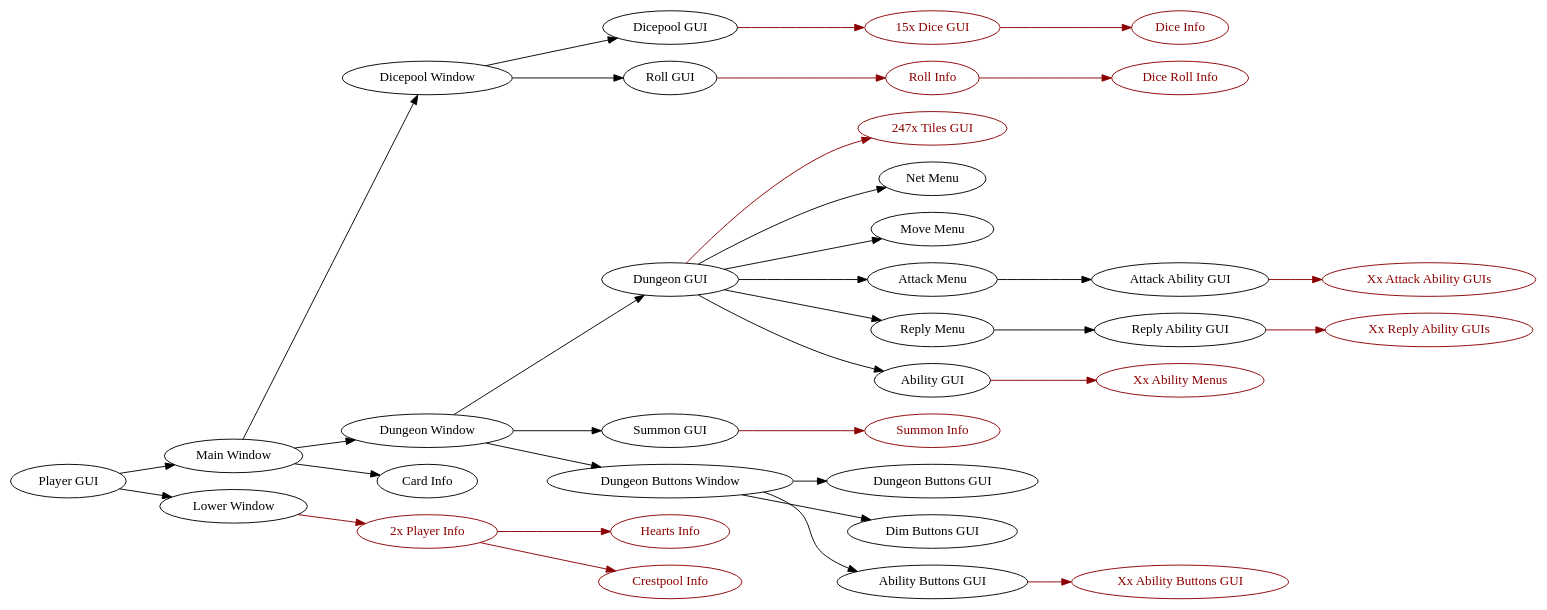
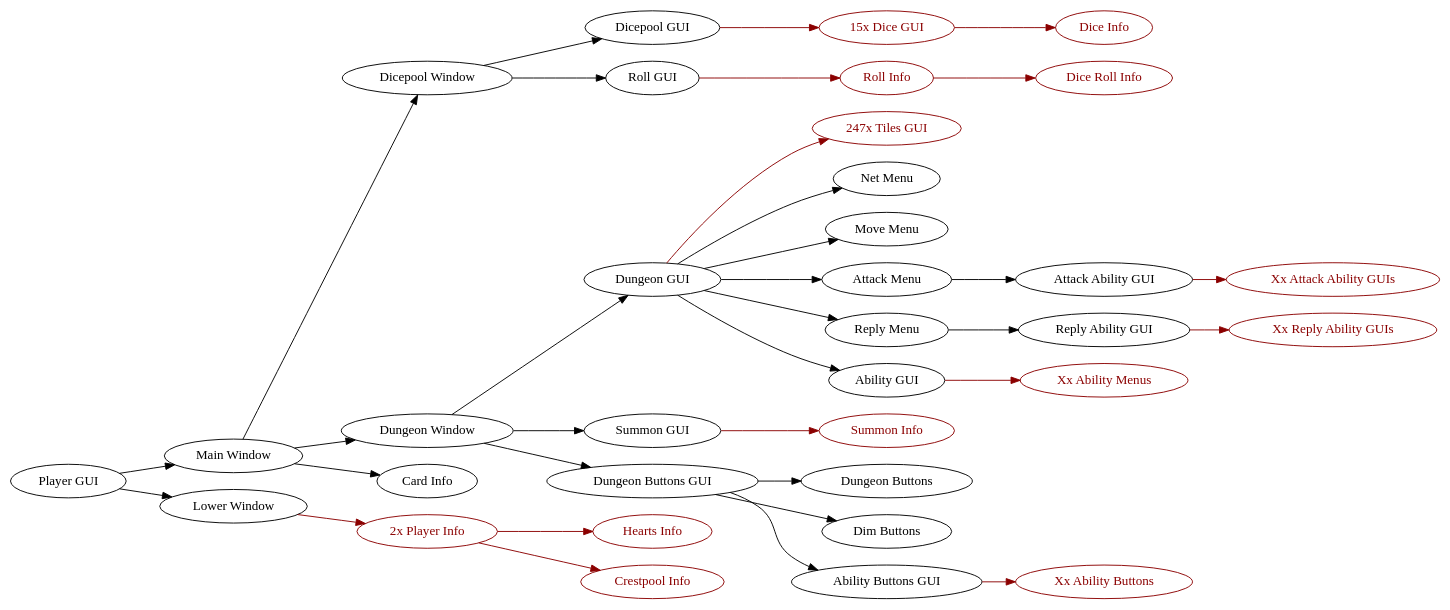
Before and after one commit to francocurotto/DDMre: the diagram in documentation/diagrams/player_gui.dot, drawn with Graphviz. The commit also changed 16 other files, not shown here.

Commit message:
started refactor on dungeon_buttons_gui

```diff
--- a/documentation/diagrams/player_gui.dot
+++ b/documentation/diagrams/player_gui.dot
@@ -1,24 +1,24 @@
 digraph player_gui {
     rankdir=LR
     "Player GUI" -> {"Main Window", "Lower Window"}
     "Main Window" -> {"Dicepool Window", "Dungeon Window", "Card Info"}
     "Dicepool Window" -> {"Dicepool GUI", "Roll GUI"}
     "Dicepool GUI" -> {"15x Dice GUI"[color=darkred, fontcolor=darkred]} [color=darkred]
     "15x Dice GUI" -> {"Dice Info"[color=darkred, fontcolor=darkred]} [color=darkred]
     "Roll GUI" -> {"Roll Info"[color=darkred, fontcolor=darkred]} [color=darkred]
     "Roll Info" -> {"Dice Roll Info"[color=darkred, fontcolor=darkred]} [color=darkred]
-    "Dungeon Window" -> {"Dungeon GUI", "Summon GUI", "Dungeon Buttons Window"}
+    "Dungeon Window" -> {"Dungeon GUI", "Summon GUI", "Dungeon Buttons GUI"}
     "Dungeon GUI" -> {"247x Tiles GUI" [color=darkred, fontcolor=darkred]} [color=darkred]
     "Dungeon GUI" -> {"Net Menu", "Move Menu", "Attack Menu", "Reply Menu", "Ability GUI"}
     "Attack Menu" -> "Attack Ability GUI"
     "Attack Ability GUI" -> {"Xx Attack Ability GUIs"[color=darkred, fontcolor=darkred]} [color=darkred]
     "Reply Menu" -> "Reply Ability GUI"
     "Reply Ability GUI" -> {"Xx Reply Ability GUIs"[color=darkred, fontcolor=darkred]} [color=darkred]
     "Ability GUI" -> {"Xx Ability Menus"[color=darkred, fontcolor=darkred]} [color=darkred]
     "Summon GUI" -> {"Summon Info"[color=darkred, fontcolor=darkred]} [color=darkred]
-    "Dungeon Buttons Window" -> {"Dungeon Buttons GUI", "Dim Buttons GUI", "Ability Buttons GUI"}
-    "Ability Buttons GUI" -> {"Xx Ability Buttons GUI"[color=darkred, fontcolor=darkred]} [color=darkred]
+    "Dungeon Buttons GUI" -> {"Dungeon Buttons", "Dim Buttons", "Ability Buttons GUI"}
+    "Ability Buttons GUI" -> {"Xx Ability Buttons"[color=darkred, fontcolor=darkred]} [color=darkred]
     "Lower Window" -> {"2x Player Info"[color=darkred, fontcolor=darkred]} [color=darkred]
     "2x Player Info" -> {"Hearts Info"[color=darkred, fontcolor=darkred]} [color=darkred] 
     "2x Player Info" -> {"Crestpool Info"[color=darkred, fontcolor=darkred]} [color=darkred]
 }
```
